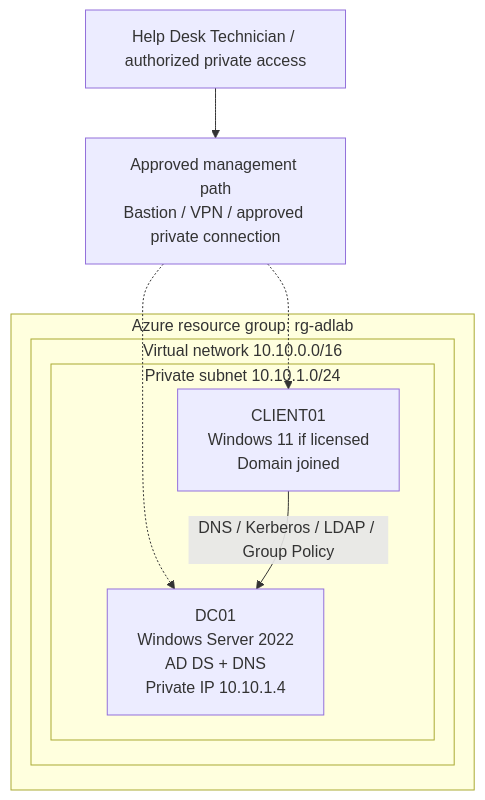
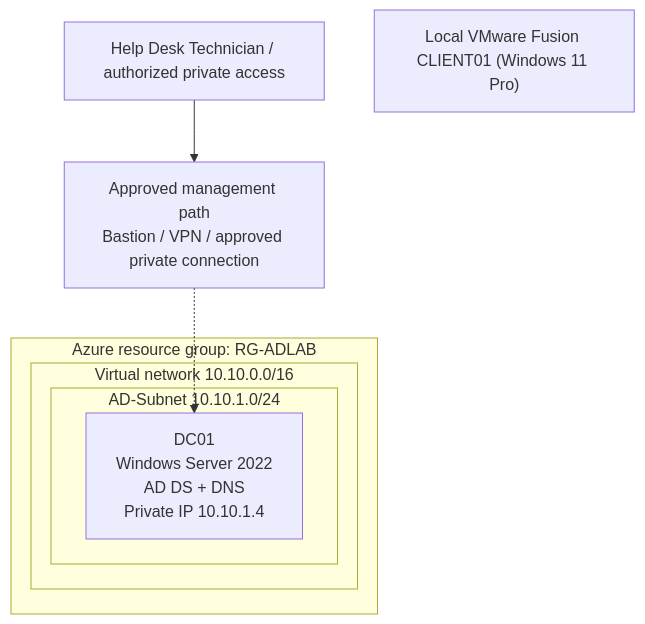
One commit to dbates91/azure-virtual-network-foundations changed the diagram in README.md. Above: the diagram before and after it, drawn with Mermaid. The commit also changed other lines of this file and 12 other files, not shown here.

````diff
--- a/README.md
+++ b/README.md
@@ -24,15 +24,14 @@
 ```mermaid
 flowchart TB
     Tech[Help Desk Technician / authorized private access] --> Secure[Approved management path\nBastion / VPN / approved private connection]
-    subgraph Azure[Azure resource group: rg-adlab]
+    subgraph Azure[Azure resource group: RG-ADLAB]
       subgraph VNet[Virtual network 10.10.0.0/16]
-        subgraph Subnet[Private subnet 10.10.1.0/24]
+        subgraph Subnet[AD-Subnet 10.10.1.0/24]
           DC[DC01\nWindows Server 2022\nAD DS + DNS\nPrivate IP 10.10.1.4]
-          Client[CLIENT01\nWindows 11 if licensed\nDomain joined]
+
         end
       end
     end
     Secure -.-> DC
-    Secure -.-> Client
-    Client -->|DNS / Kerberos / LDAP / Group Policy| DC
+    VMware["Local VMware Fusion CLIENT01 (Windows 11 Pro)"]
 ```
````
